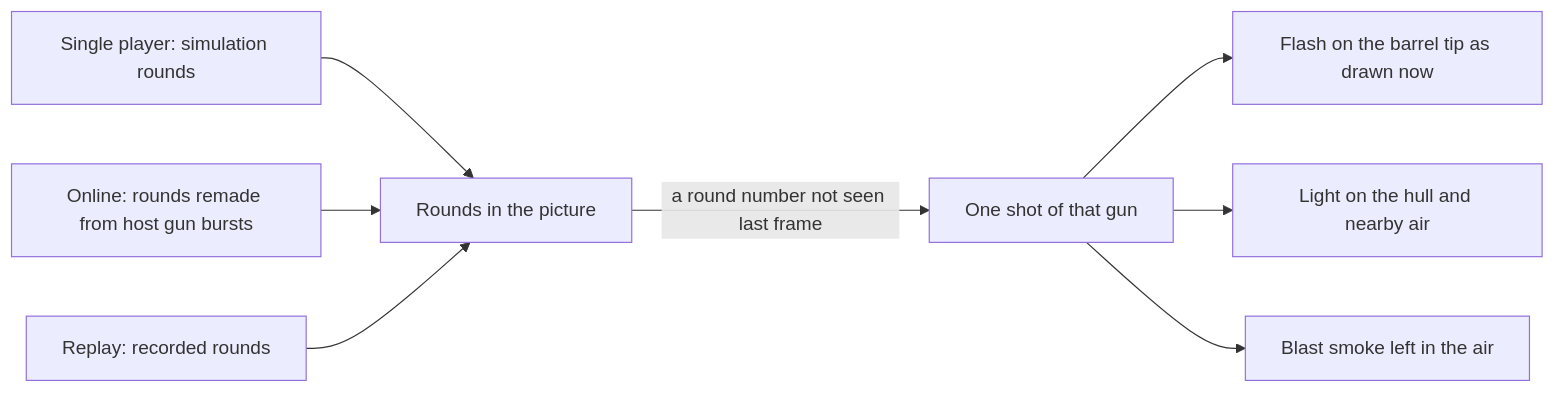
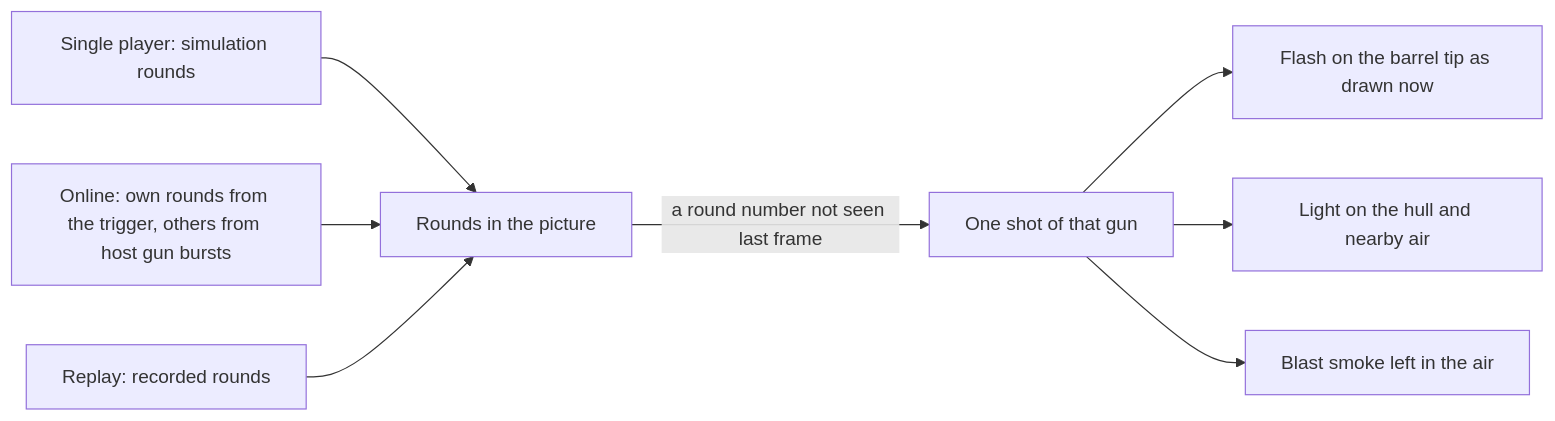
Before and after one commit to john-overton/T.O.R.E-Fighters: the second of 2 diagrams in docs/spec/ac130-linked-guns.md, drawn with Mermaid. The commit also changed other lines of this file and 4 other files, not shown here.

First line of the commit message:
Remake online AC-130 rounds from the barrels, on every linked gun

````diff
--- a/docs/spec/ac130-linked-guns.md
+++ b/docs/spec/ac130-linked-guns.md
@@ -389,10 +390,10 @@
 ```mermaid
 flowchart LR
   SP[Single player: simulation rounds] --> P[Rounds in the picture]
-  MP[Online: rounds remade from host gun bursts] --> P
+  MP[Online: own rounds from the trigger, others from host gun bursts] --> P
   RP[Replay: recorded rounds] --> P
   P -->|a round number not seen last frame| S[One shot of that gun]
   S --> F[Flash on the barrel tip as drawn now]
   S --> L[Light on the hull and nearby air]
   S --> K[Blast smoke left in the air]
 ```
````
